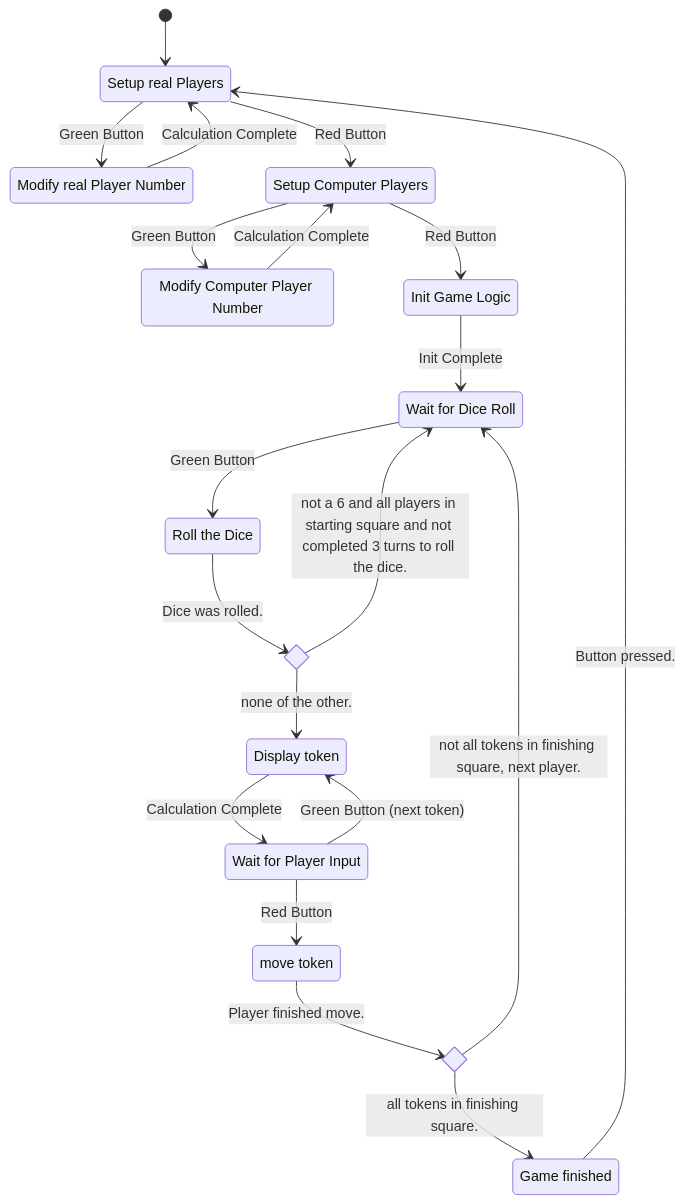
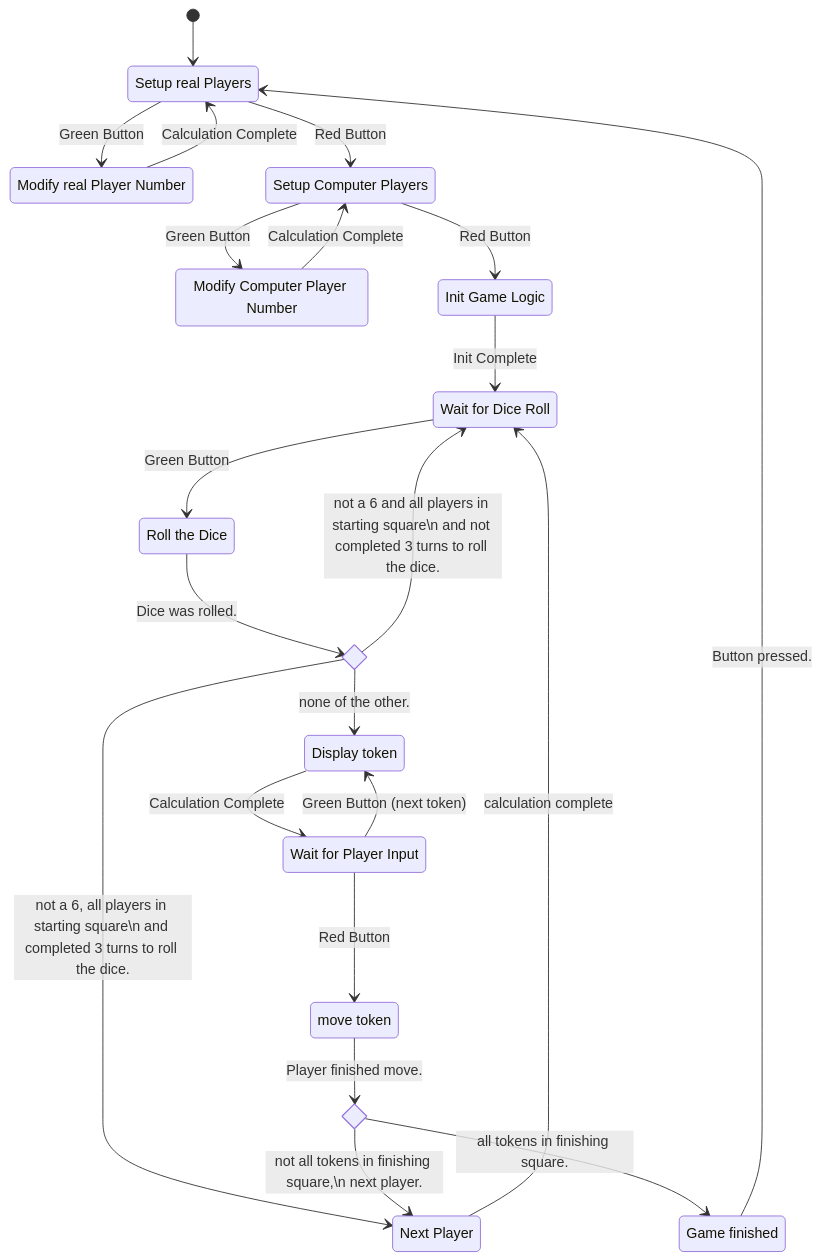
The second of 4 diagrams in Design_Description/Software_Architecture/DOC_DED_SOA_Software_Architecture.md (lukas1-12/Arduino_DHBW_Spiel), drawn with Mermaid before and after one commit.

Commit message:
Added next player state

````diff
--- a/Design_Description/Software_Architecture/DOC_DED_SOA_Software_Architecture.md
+++ b/Design_Description/Software_Architecture/DOC_DED_SOA_Software_Architecture.md
@@ -36,36 +36,39 @@
 ```mermaid
     stateDiagram-v2
         [*] --> s1
     s1 : Setup real Players
         s1 --> s2 : Green Button
         s2 --> s1: Calculation Complete
     s2 : Modify real Player Number
         s1 --> s3: Red Button
     s3 : Setup Computer Players
         s3 --> s4 : Green Button
     s4 : Modify Computer Player Number
         s4 --> s3: Calculation Complete
         s3 --> s4a : Red Button
     s4a: Init Game Logic
         s4a --> s5: Init Complete
     s5 : Wait for Dice Roll
         s5 -->s6 : Green Button
     s6 : Roll the Dice 
         state if2 <<choice>>
         s6 --> if2 : Dice was rolled.
-        if2 --> s5 : not a 6 and all players in starting square and not completed 3 turns to roll the dice.
+        if2 --> s5 : not a 6 and all players in starting square\n and not completed 3 turns to roll the dice.
+        if2 --> s9a: not a 6, all players in starting square\n and completed 3 turns to roll the dice.
         if2 --> s8: none of the other.
         # Players ------------------
     s7 : Wait for Player Input
         s7 --> s8 : Green Button (next token)
     s8 : Display token
         s8 --> s7 : Calculation Complete
         s7 --> s9 : Red Button
     s9 : move token
         state if1 <<choice>>
         s9 --> if1 : Player finished move.
-        if1 --> s5 : not all tokens in finishing square, next player.
+        if1 --> s9a : not all tokens in finishing square,\n next player.
         if1 --> s10 : all tokens in finishing square.
+    s9a: Next Player
+        s9a --> s5: calculation complete
     s10: Game finished
         s10 --> s1 : Button pressed.
 ```
````
